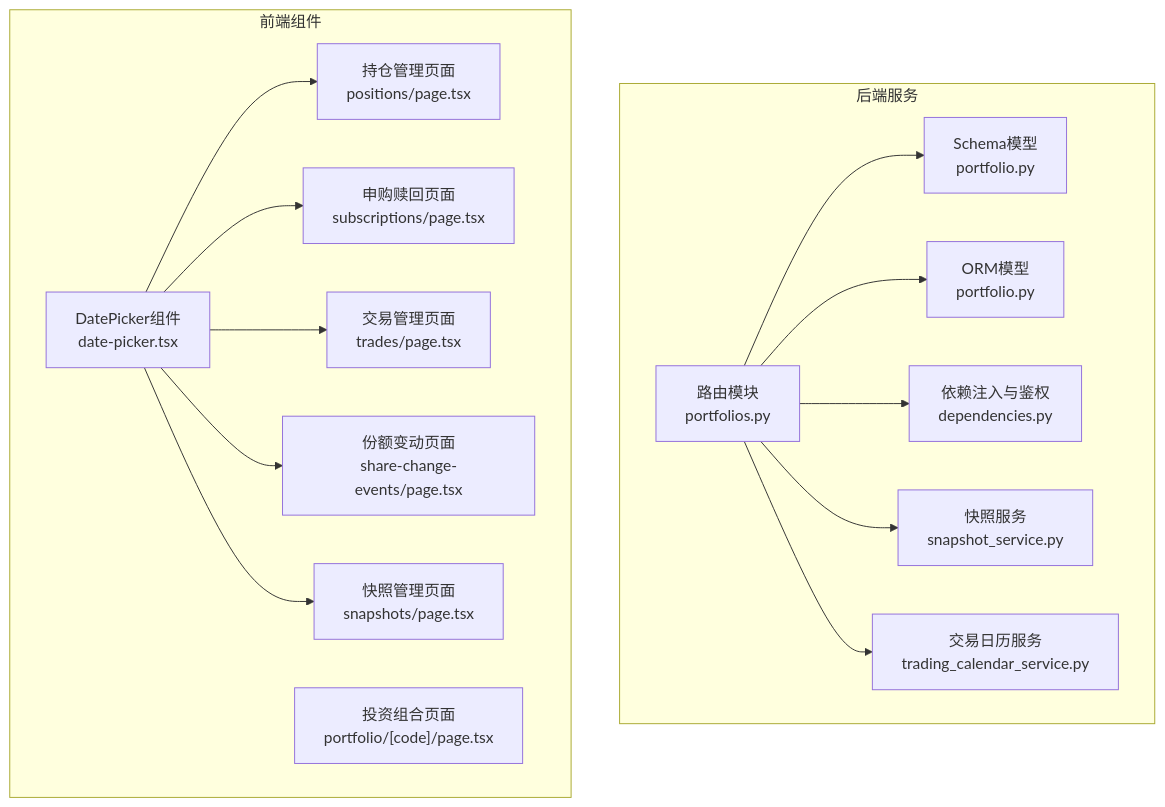
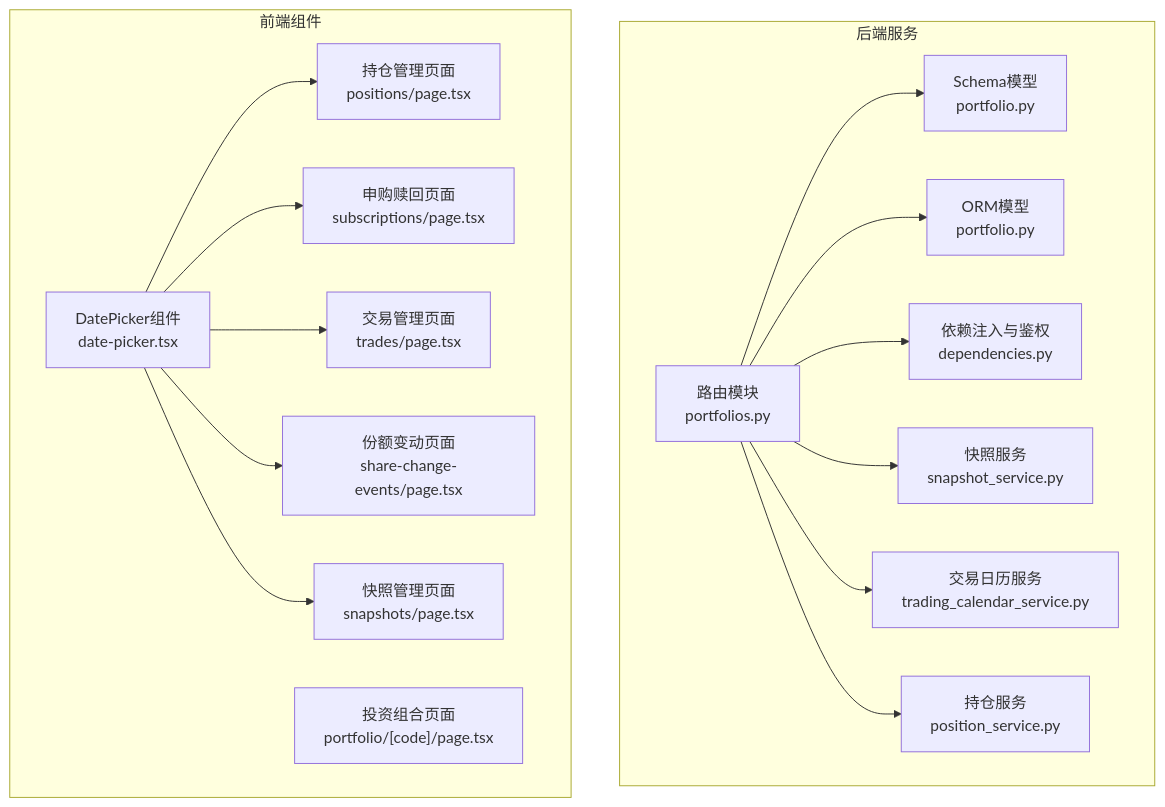
Before and after one commit to gujialind/InvestRing: the first of 3 diagrams in .qoder/repowiki/zh/content/后端API文档/投资组合管理API.md, drawn with Mermaid. The commit also changed other lines of this file and 6 other files, not shown here.

````diff
--- a/.qoder/repowiki/zh/content/后端API文档/投资组合管理API.md
+++ b/.qoder/repowiki/zh/content/后端API文档/投资组合管理API.md
@@ -63,30 +63,32 @@
 ```mermaid
 graph TB
 subgraph "后端服务"
 R["路由模块<br/>portfolios.py"]
 S["Schema模型<br/>portfolio.py"]
 M["ORM模型<br/>portfolio.py"]
 D["依赖注入与鉴权<br/>dependencies.py"]
 SS["快照服务<br/>snapshot_service.py"]
 TCS["交易日历服务<br/>trading_calendar_service.py"]
+PS["持仓服务<br/>position_service.py"]
 end
 subgraph "前端组件"
 DP["DatePicker组件<br/>date-picker.tsx"]
 PP["投资组合页面<br/>portfolio/[code]/page.tsx"]
 POS["持仓管理页面<br/>positions/page.tsx"]
 SUB["申购赎回页面<br/>subscriptions/page.tsx"]
 TRADE["交易管理页面<br/>trades/page.tsx"]
 SCE["份额变动页面<br/>share-change-events/page.tsx"]
 SNAP["快照管理页面<br/>snapshots/page.tsx"]
 end
 R --> S
 R --> M
 R --> D
 R --> SS
 R --> TCS
+R --> PS
 DP --> POS
 DP --> SUB
 DP --> TRADE
 DP --> SCE
 DP --> SNAP
 ```
````
